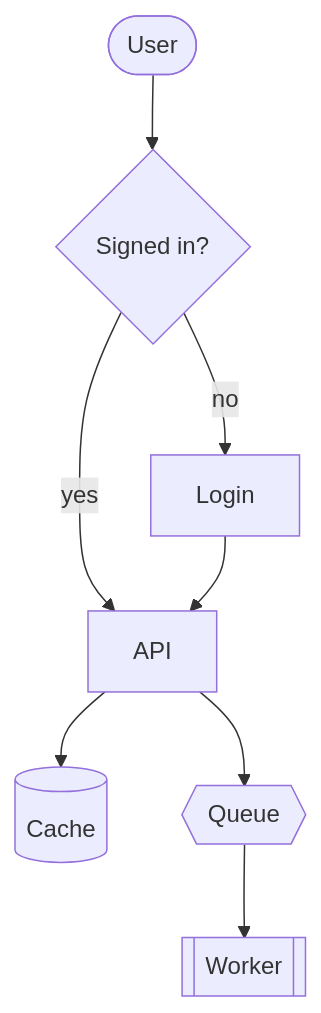
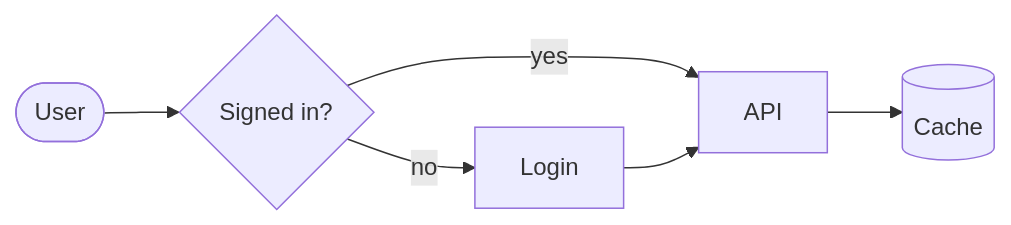
The diagram in assets/readme/src/preview.md (D0n9X1n/mermaid-tty), drawn with Mermaid before and after one commit. The commit also changed 23 other files, not shown here.

First line of the commit message:
README: a better look, showing nord and left-to-right flowcharts first (#78)

````diff
--- a/assets/readme/src/preview.md
+++ b/assets/readme/src/preview.md
@@ -3,10 +3,7 @@
 ```mermaid
-flowchart TD
+flowchart LR
   U([User]) --> G{Signed in?}
   G -->|yes| A[API]
-  G -->|no| L[Login]
-  L --> A
+  G -->|no| L[Login] --> A
   A --> C[(Cache)]
-  A --> Q{{Queue}}
-  Q --> W[[Worker]]
 ```
````
